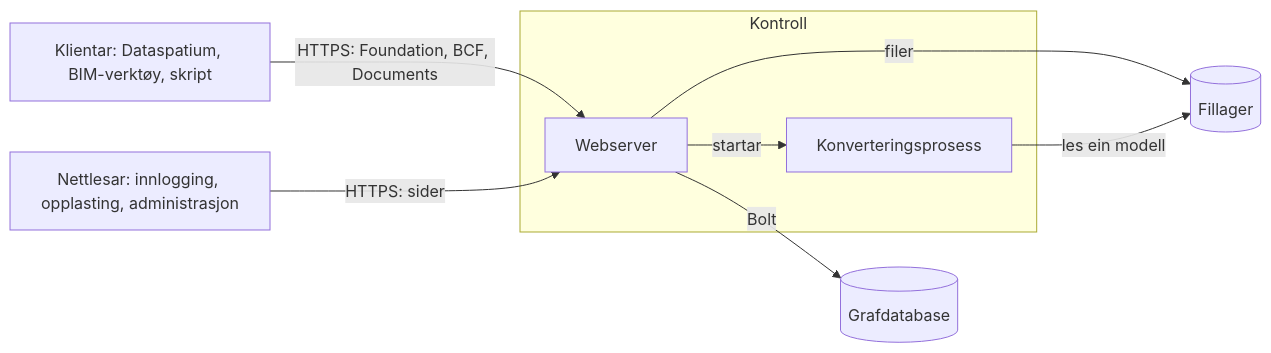
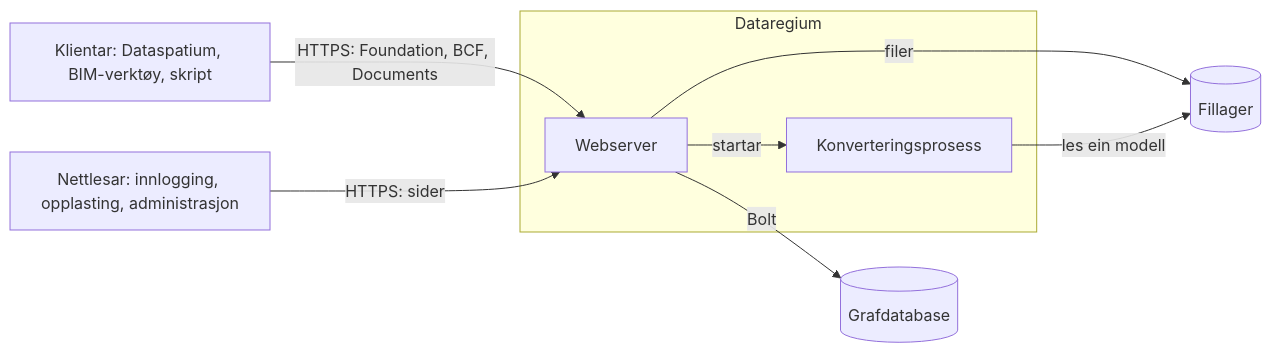
Before and after one commit to marwiss/Kontroll: the diagram in docs/nn/architecture.md, drawn with Mermaid. The commit also changed other lines of this file and 116 other files, not shown here.

First line of the commit message:
Rename Kontroll to Dataregium

````diff
--- a/docs/nn/architecture.md
+++ b/docs/nn/architecture.md
@@ -10,13 +10,13 @@
 ```mermaid
 flowchart LR
     apps["Klientar: Dataspatium, BIM-verktøy, skript"] -- "HTTPS: Foundation, BCF, Documents" --> api
     people["Nettlesar: innlogging, opplasting, administrasjon"] -- "HTTPS: sider" --> api
-    subgraph kontroll ["Kontroll"]
+    subgraph dataregium ["Dataregium"]
         api["Webserver"]
         worker["Konverteringsprosess"]
         api -- "startar" --> worker
     end
     api -- "Bolt" --> database[("Grafdatabase")]
     api -- "filer" --> files[("Fillager")]
     worker -- "les ein modell" --> files
 ```
````
